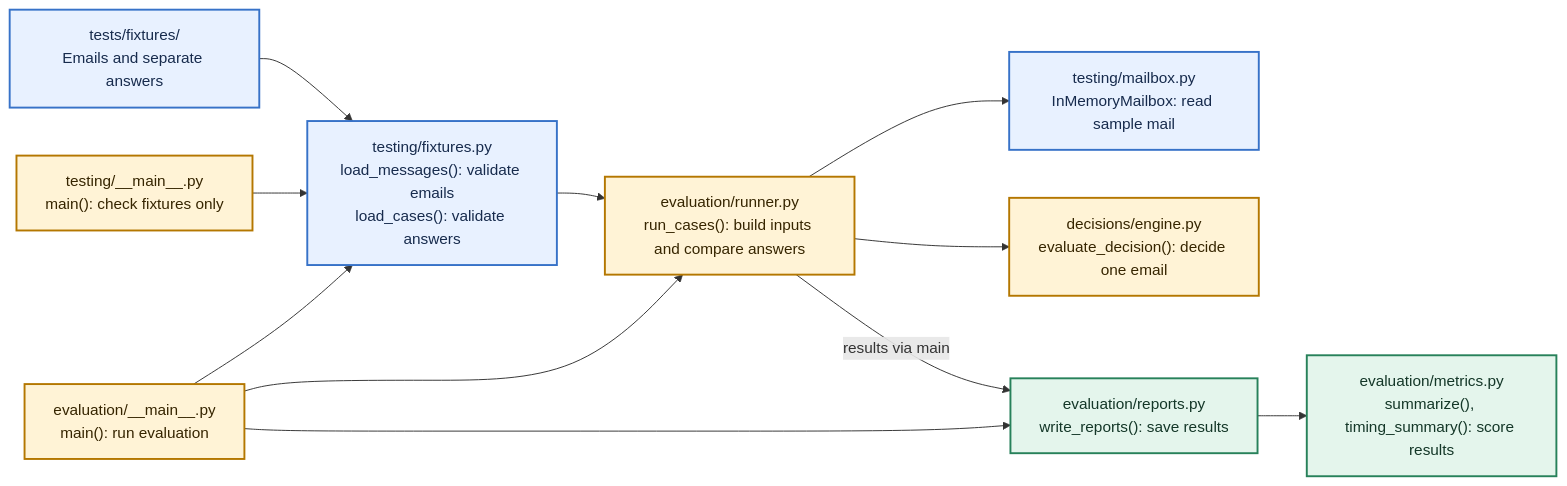
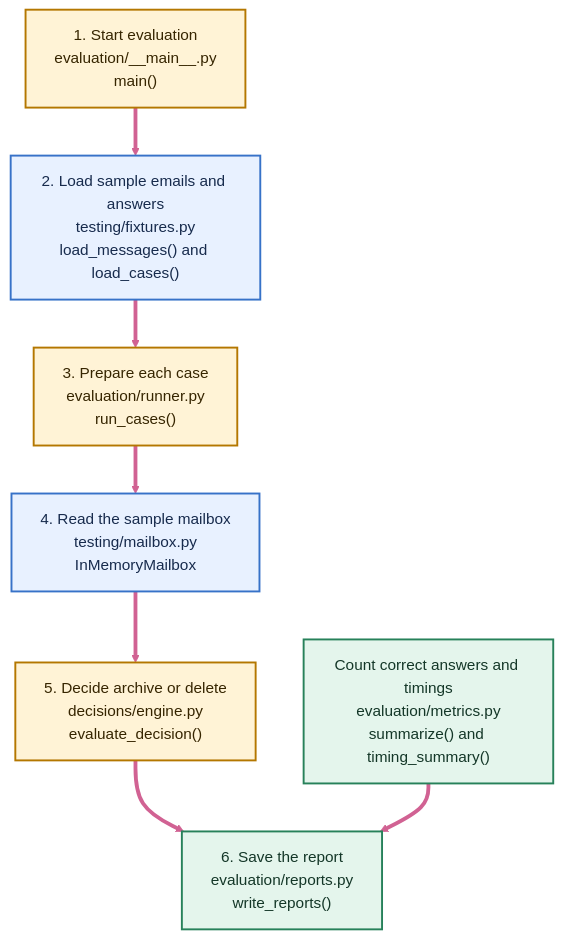
One commit to dylanrkuster/sweep changed the first of 2 diagrams in docs/code-map.md. Above: the diagram before and after it, drawn with Mermaid. The commit also changed other lines of this file, not shown here.

````diff
--- a/docs/code-map.md
+++ b/docs/code-map.md
@@ -7,30 +11,22 @@
 ```mermaid
-flowchart LR
-    samples["tests/fixtures/<br/>Emails and separate answers"]
-    loader["testing/fixtures.py<br/>load_messages(): validate emails<br/>load_cases(): validate answers"]
-    check["testing/__main__.py<br/>main(): check fixtures only"]
-    evaluate["evaluation/__main__.py<br/>main(): run evaluation"]
-    mailbox["testing/mailbox.py<br/>InMemoryMailbox: read sample mail"]
-    runner["evaluation/runner.py<br/>run_cases(): build inputs and compare answers"]
-    decision["decisions/engine.py<br/>evaluate_decision(): decide one email"]
-    reports["evaluation/reports.py<br/>write_reports(): save results"]
-    metrics["evaluation/metrics.py<br/>summarize(), timing_summary(): score results"]
+flowchart TB
+    evaluate["1. Start evaluation<br/>evaluation/__main__.py<br/>main()"]
+    loader["2. Load sample emails and answers<br/>testing/fixtures.py<br/>load_messages() and load_cases()"]
+    runner["3. Prepare each case<br/>evaluation/runner.py<br/>run_cases()"]
+    mailbox["4. Read the sample mailbox<br/>testing/mailbox.py<br/>InMemoryMailbox"]
+    decision["5. Decide archive or delete<br/>decisions/engine.py<br/>evaluate_decision()"]
+    metrics["Count correct answers and timings<br/>evaluation/metrics.py<br/>summarize() and timing_summary()"]
+    reports["6. Save the report<br/>evaluation/reports.py<br/>write_reports()"]
 
-    samples --> loader
-    check --> loader
-    evaluate --> loader
-    loader --> runner
-    evaluate --> runner
-    runner --> mailbox
-    runner --> decision
-    runner -->|results via main| reports
-    evaluate --> reports
-    reports --> metrics
+    evaluate --> loader --> runner --> mailbox --> decision --> reports
+    metrics --> reports
+
+    linkStyle default stroke:#d16293,stroke-width:4px;
 
     classDef input fill:#e8f1ff,stroke:#3772c8,stroke-width:2px,color:#172b4d;
     classDef work fill:#fff3d6,stroke:#b47700,stroke-width:2px,color:#362500;
     classDef output fill:#e4f5ec,stroke:#27815a,stroke-width:2px,color:#143728;
-    class samples,loader,mailbox input;
-    class check,evaluate,runner,decision work;
+    class loader,mailbox input;
+    class evaluate,runner,decision work;
     class reports,metrics output;
 ```
````
